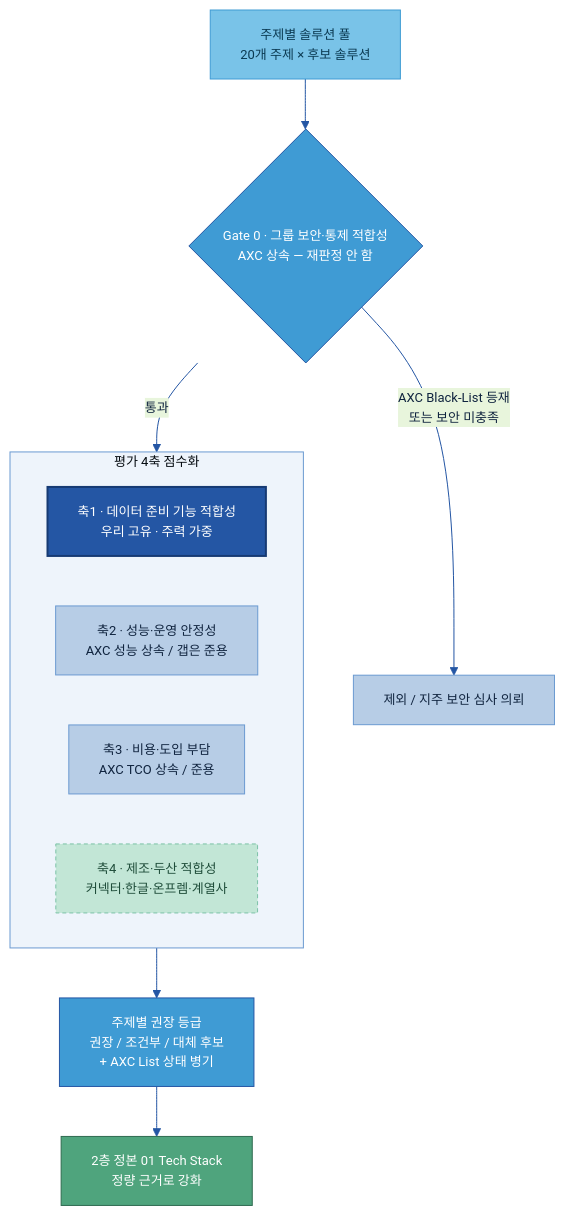
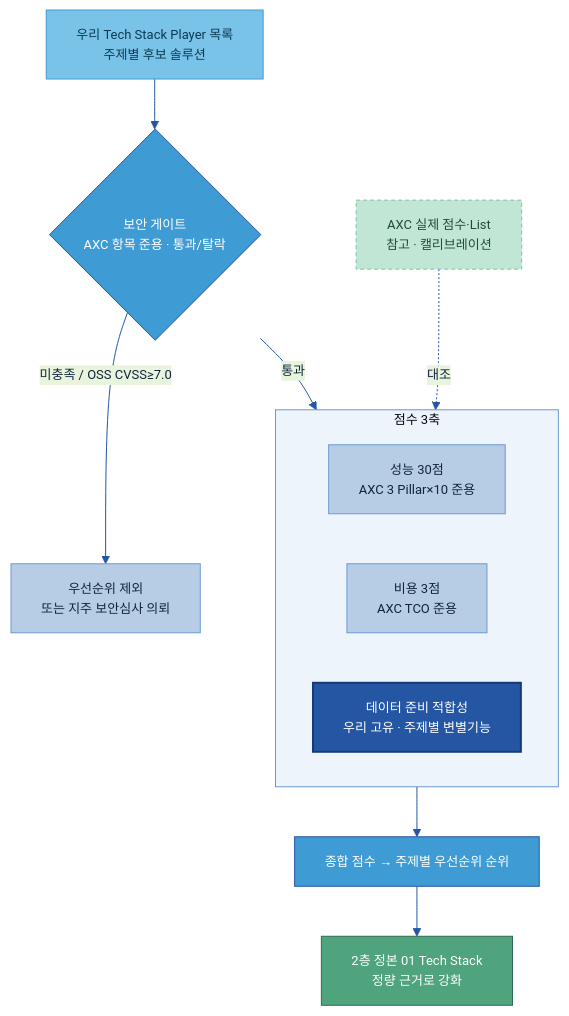
Before and after one commit to jin-kearney/ai-ready-data-manual: the diagram in Tech Player/Tech 솔루션 평가 기획안 (AXC 방법론 준용).md, drawn with Mermaid. The commit also changed other lines of this file, not shown here.

First line of the commit message:
docs(techplayer): 평가 기획안 v0.2 — AXC 기준 준용, 결과는 참고만

````diff
--- a/Tech Player/Tech 솔루션 평가 기획안 (AXC 방법론 준용).md
+++ b/Tech Player/Tech 솔루션 평가 기획안 (AXC 방법론 준용).md
@@ -124,25 +79,26 @@
 ```mermaid
 %%{init: {'theme':'base','themeVariables':{'primaryColor':'#DCE8F5','primaryBorderColor':'#2456A4','primaryTextColor':'#10243f','lineColor':'#2456A4','clusterBkg':'#EEF4FB','clusterBorder':'#6B9AD1','fontSize':'13px'}}}%%
 flowchart TB
-    POOL[주제별 솔루션 풀<br/>20개 주제 × 후보 솔루션]:::src --> GATE{Gate 0 · 그룹 보안·통제 적합성<br/>AXC 상속 — 재판정 안 함}:::gate
-    GATE -->|AXC Black-List 등재<br/>또는 보안 미충족| OUT[제외 / 지주 보안 심사 의뢰]:::n
-    GATE -->|통과| AXIS
+    POOL[우리 Tech Stack Player 목록<br/>주제별 후보 솔루션]:::src --> GATE{보안 게이트<br/>AXC 항목 준용 · 통과/탈락}:::gate
+    GATE -->|미충족 / OSS CVSS≥7.0| OUT[우선순위 제외<br/>또는 지주 보안심사 의뢰]:::n
+    GATE -->|통과| SCORE
 
-    subgraph AXIS[평가 4축 점수화]
+    subgraph SCORE[점수 3축]
         direction LR
-        A1[축1 · 데이터 준비 기능 적합성<br/>우리 고유 · 주력 가중]:::cat
-        A2[축2 · 성능·운영 안정성<br/>AXC 성능 상속 / 갭은 준용]:::n
-        A3[축3 · 비용·도입 부담<br/>AXC TCO 상속 / 준용]:::n
-        A4[축4 · 제조·두산 적합성<br/>커넥터·한글·온프렘·계열사]:::cross
+        S1[성능 30점<br/>AXC 3 Pillar×10 준용]:::n
+        S2[비용 3점<br/>AXC TCO 준용]:::n
+        S3[데이터 준비 적합성<br/>우리 고유 · 주제별 변별기능]:::cat
     end
 
-    AXIS --> GRADE[주제별 권장 등급<br/>권장 / 조건부 / 대체 후보<br/>+ AXC List 상태 병기]:::gate
-    GRADE --> CANON[2층 정본 01 Tech Stack<br/>정량 근거로 강화]:::loop
+    SCORE --> RANK[종합 점수 → 주제별 우선순위 순위]:::gate
+    RANK --> CANON[2층 정본 01 Tech Stack<br/>정량 근거로 강화]:::loop
+
+    AXC[AXC 실제 점수·List<br/>참고 · 캘리브레이션]:::cross -.대조.-> SCORE
 
     classDef n fill:#B7CDE6,stroke:#6B9AD1,color:#10243f;
     classDef src fill:#79C3E8,stroke:#3F9BD4,color:#0b3a52;
     classDef cat fill:#2456A4,color:#fff,stroke:#163a73,stroke-width:2px;
     classDef gate fill:#3F9BD4,stroke:#2456A4,color:#fff;
     classDef loop fill:#4FA47D,stroke:#2f6b50,color:#fff;
     classDef cross fill:#C2E6D6,stroke:#7CC2A7,color:#1f4d3a,stroke-dasharray:4 3;
 ```
````
